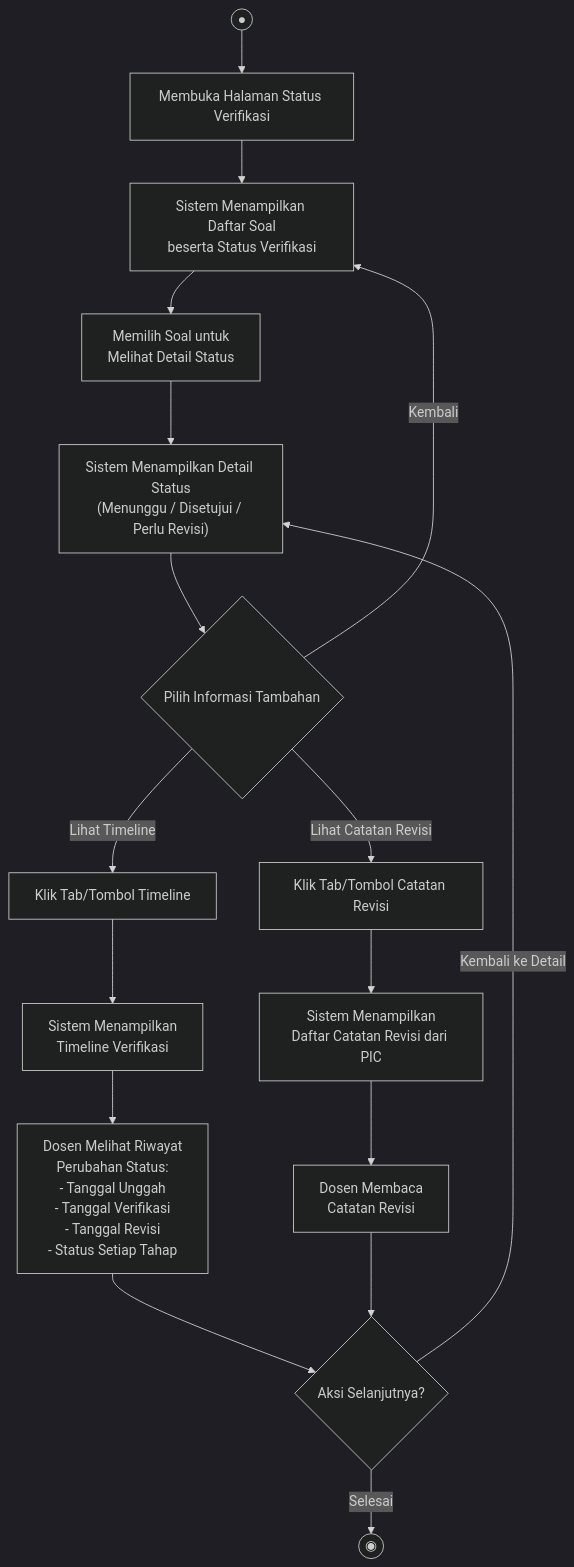
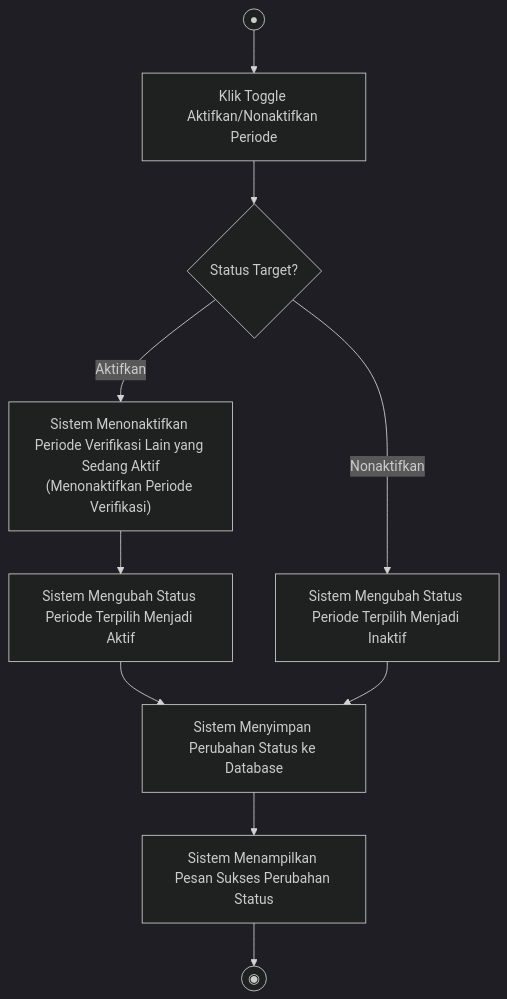
One commit to alexiusprst-tech/dashboard_verif changed diagram 19 of 32 in activity_diagrams.md. Above: the diagram before and after it, drawn with Mermaid (dark theme). The commit also changed other lines of this file and 6 other files, not shown here.

Commit message:
ada beberapa perubahan : 1. penambahan PLO dan CLO.  2. Minor revisi di generate BA

````diff
--- a/activity_diagrams.md
+++ b/activity_diagrams.md
@@ -641,23 +325,16 @@
 ```mermaid
 flowchart TD
-    A(("●")) --> B["Membuka Halaman Status Verifikasi"]
-    B --> C["Sistem Menampilkan Daftar Soal\nbeserta Status Verifikasi"]
-    C --> D["Memilih Soal untuk\nMelihat Detail Status"]
-    D --> E["Sistem Menampilkan Detail Status\n(Menunggu / Disetujui / Perlu Revisi)"]
-    E --> F{"Pilih Informasi Tambahan"}
-
-    F -->|Lihat Timeline| G["Klik Tab/Tombol Timeline"]
-    G --> H["Sistem Menampilkan\nTimeline Verifikasi"]
-    H --> I["Dosen Melihat Riwayat\nPerubahan Status:\n- Tanggal Unggah\n- Tanggal Verifikasi\n- Tanggal Revisi\n- Status Setiap Tahap"]
-    I --> J{"Aksi Selanjutnya?"}
-
-    F -->|Lihat Catatan Revisi| K["Klik Tab/Tombol Catatan Revisi"]
-    K --> L["Sistem Menampilkan\nDaftar Catatan Revisi dari PIC"]
-    L --> M["Dosen Membaca\nCatatan Revisi"]
-    M --> J
-
-    F -->|Kembali| C
-
-    J -->|Kembali ke Detail| E
-    J -->|Selesai| Z(("◉"))
+    Start(("●")) --> ClickToggle["Klik Toggle Aktifkan/Nonaktifkan Periode"]
+    ClickToggle --> CheckStatus{"Status Target?"}
+    
+    CheckStatus -->|Aktifkan| DeactivateOthers["Sistem Menonaktifkan Periode Verifikasi Lain yang Sedang Aktif\n(Menonaktifkan Periode Verifikasi)"]
+    DeactivateOthers --> SetActive["Sistem Mengubah Status Periode Terpilih Menjadi Aktif"]
+    
+    CheckStatus -->|Nonaktifkan| SetInactive["Sistem Mengubah Status Periode Terpilih Menjadi Inaktif"]
+    
+    SetActive --> UpdateDB["Sistem Menyimpan Perubahan Status ke Database"]
+    SetInactive --> UpdateDB
+    
+    UpdateDB --> ShowAlert["Sistem Menampilkan Pesan Sukses Perubahan Status"]
+    ShowAlert --> End(("◉"))
 ```
````
